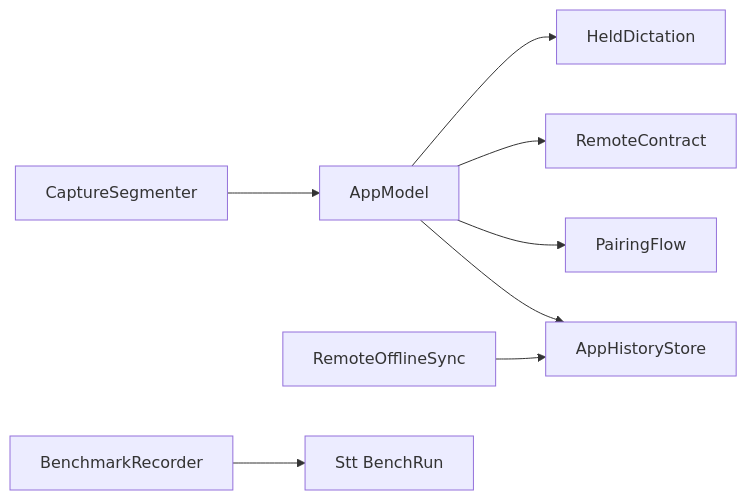
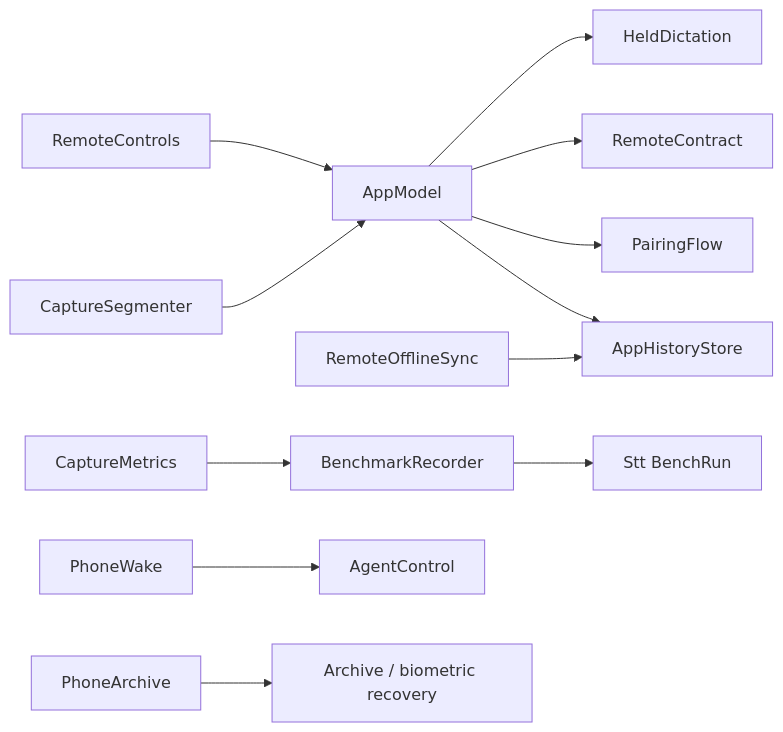
Before and after one commit to Harwasch/voiceremote: the diagram in SW/ios/Packages/AppModel/Sources/README.md, drawn with Mermaid. The commit also changed other lines of this file and 32 other files, not shown here.

Commit message:
SW: phone push wake, audit archive in the app, remote BLE phone side

````diff
--- a/SW/ios/Packages/AppModel/Sources/README.md
+++ b/SW/ios/Packages/AppModel/Sources/README.md
@@ -1,7 +1,11 @@
 ```mermaid
 flowchart LR
   CaptureSegmenter --> AppModel --> AppHistoryStore
   AppModel --> PairingFlow & RemoteContract & HeldDictation
   RemoteOfflineSync --> AppHistoryStore
   BenchmarkRecorder --> BenchRun[Stt BenchRun]
+  PhoneWake --> AgentControl
+  PhoneArchive --> Policy[Archive / biometric recovery]
+  RemoteControls --> AppModel
+  CaptureMetrics --> BenchmarkRecorder
 ```
````
